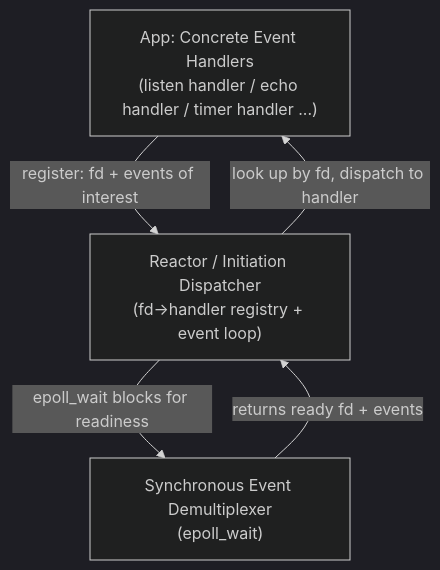
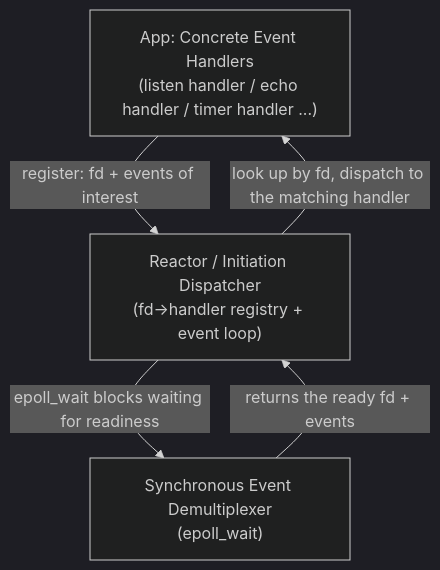
Before and after one commit to Awesome-Embedded-Learning-Studio/Tutorial_AwesomeModernCPP: the first of 2 diagrams in documents/en/vol8-domains/networking/03-reactor-pattern.md, drawn with Mermaid (dark theme). The commit also changed other lines of this file and 605 other files, not shown here.

````diff
--- a/documents/en/vol8-domains/networking/03-reactor-pattern.md
+++ b/documents/en/vol8-domains/networking/03-reactor-pattern.md
@@ -54,7 +60,7 @@
 ```mermaid
 flowchart TD
     APP["App: Concrete Event Handlers<br/>(listen handler / echo handler / timer handler ...)"] -->|"register: fd + events of interest"| R["Reactor / Initiation Dispatcher<br/>(fd→handler registry + event loop)"]
-    R -->|"epoll_wait blocks for readiness"| DM["Synchronous Event Demultiplexer<br/>(epoll_wait)"]
-    DM -->|"returns ready fd + events"| R
-    R -->|"look up by fd, dispatch to handler"| APP
+    R -->|"epoll_wait blocks waiting for readiness"| DM["Synchronous Event Demultiplexer<br/>(epoll_wait)"]
+    DM -->|"returns the ready fd + events"| R
+    R -->|"look up by fd, dispatch to the matching handler"| APP
 ```
````
